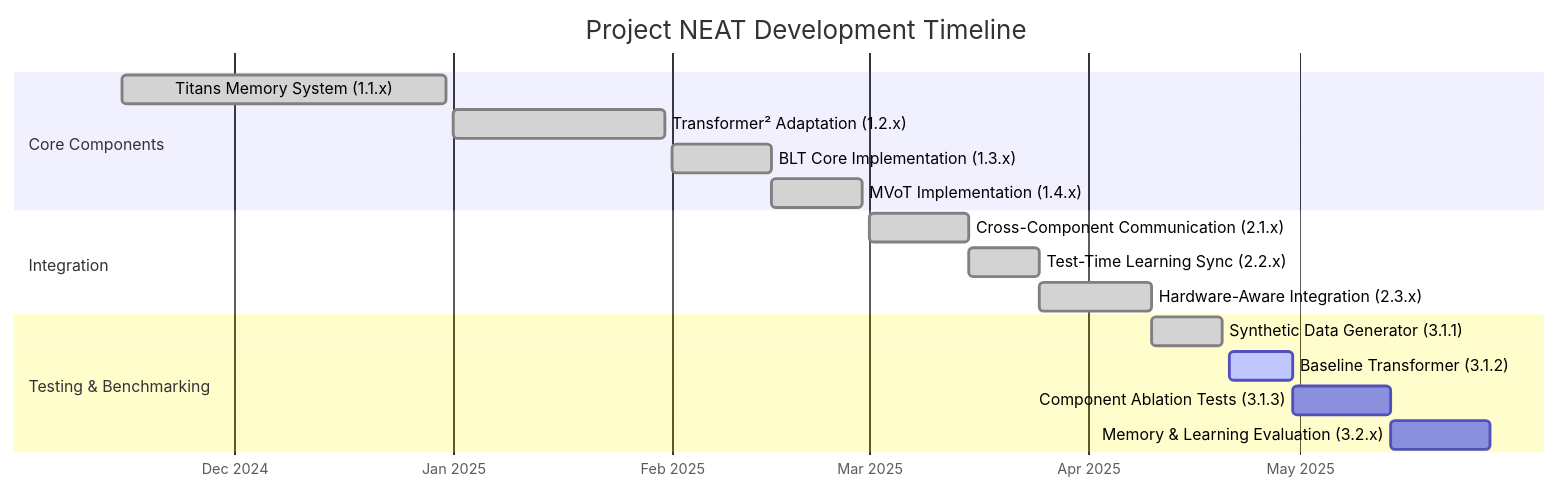
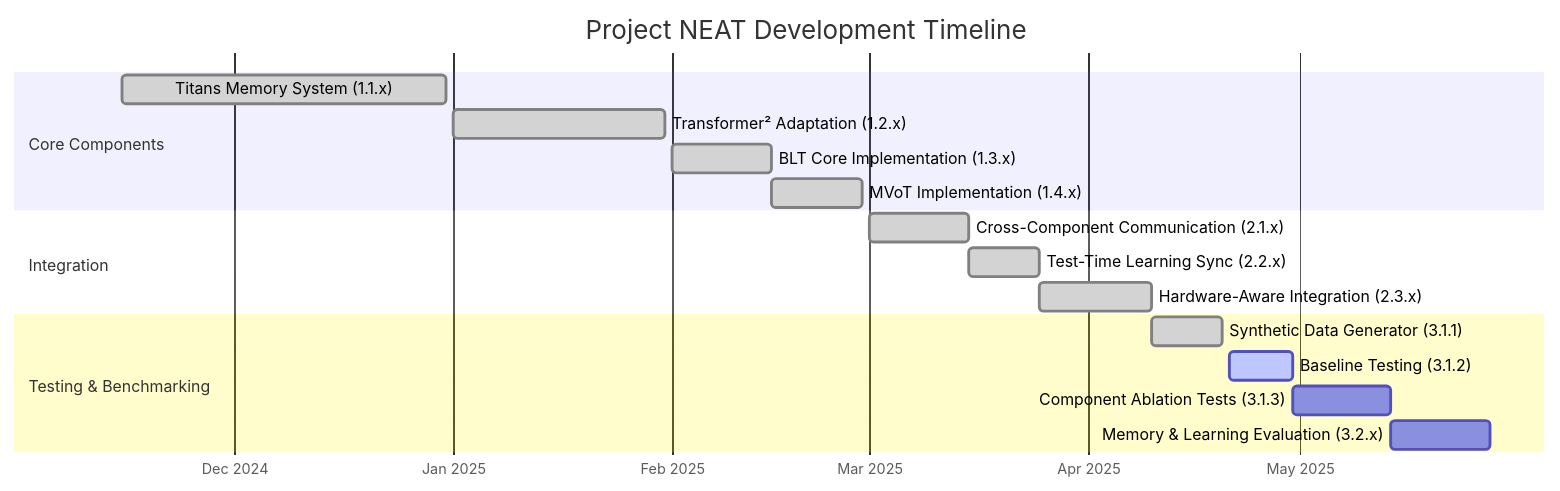
Before and after one commit to idlandes04/Project-NEAT: the second of 3 diagrams in README.md, drawn with Mermaid. The commit also changed other lines of this file and 6 other files, not shown here.

````diff
--- a/README.md
+++ b/README.md
@@ -80,23 +80,23 @@
 ```mermaid
 gantt
     title Project NEAT Development Timeline
     dateFormat  YYYY-MM-DD
     axisFormat %b %Y
     
     section Core Components
     Titans Memory System (1.1.x)       :done, titans, 2024-11-15, 2024-12-31
     Transformer² Adaptation (1.2.x)    :done, transformer2, 2025-01-01, 2025-01-31
     BLT Core Implementation (1.3.x)    :done, blt, 2025-02-01, 2025-02-15
     MVoT Implementation (1.4.x)        :done, mvot, 2025-02-15, 2025-02-28
     
     section Integration
     Cross-Component Communication (2.1.x) :done, comms, 2025-03-01, 2025-03-15
     Test-Time Learning Sync (2.2.x)       :done, ttl, 2025-03-15, 2025-03-25
     Hardware-Aware Integration (2.3.x)    :done, hwint, 2025-03-25, 2025-04-10
     
     section Testing & Benchmarking
     Synthetic Data Generator (3.1.1)      :done, synthetic, 2025-04-10, 2025-04-20
-    Baseline Transformer (3.1.2)          :active, baseline, 2025-04-21, 2025-04-30
+    Baseline Testing (3.1.2)          :active, baseline, 2025-04-21, 2025-04-30
     Component Ablation Tests (3.1.3)      :ablation, after baseline, 14d
     Memory & Learning Evaluation (3.2.x)  :memory, after ablation, 14d
 ```
````
